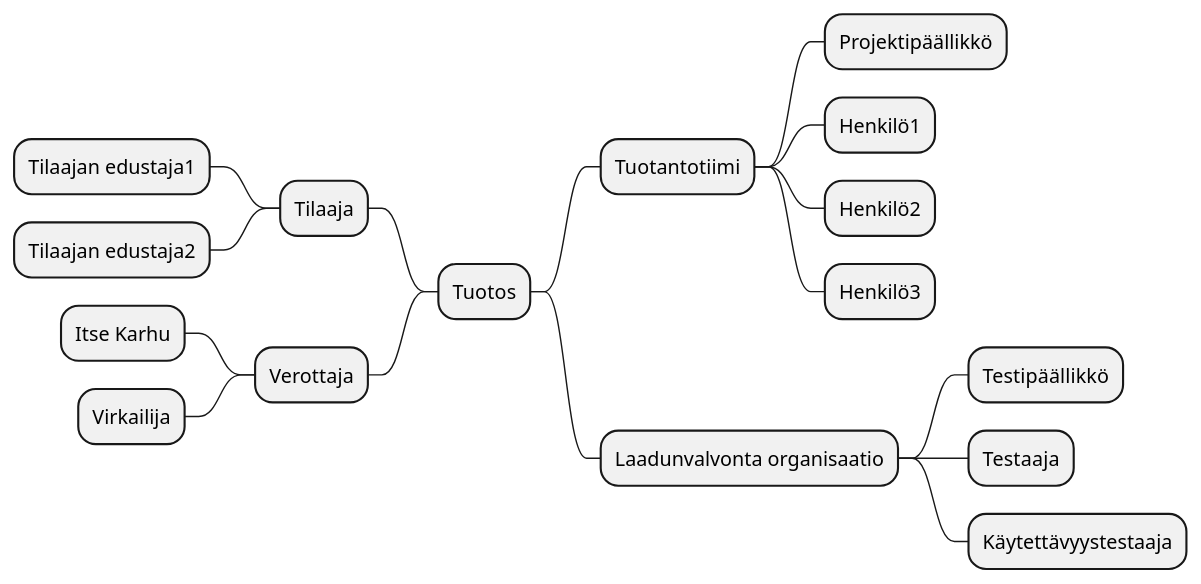
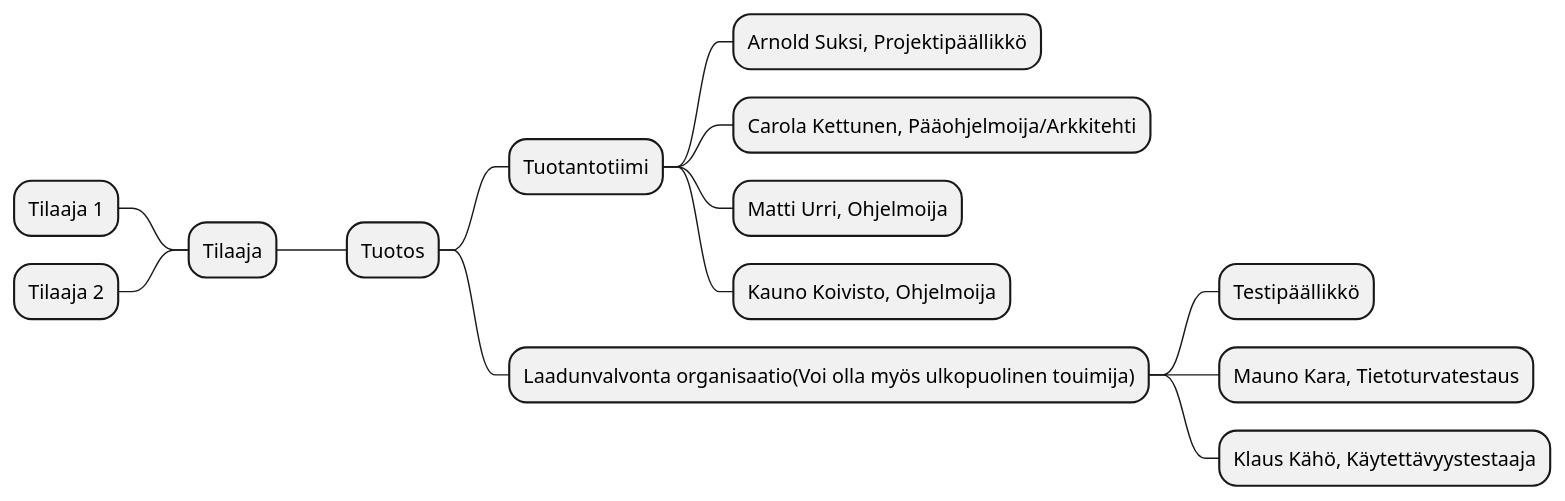
The first of 2 diagrams in dokumentit/10-Projektihallinta/projektisuunnitelma.md (M11k4/DynamiittiOrava), drawn with PlantUML before and after one commit. The commit also changed other lines of this file, not shown here.

Commit message:
Update projektisuunnitelma.md Sama päivitys myös tänne, kuin tiivistetyssä versiossa.

````diff
--- a/dokumentit/10-Projektihallinta/projektisuunnitelma.md
+++ b/dokumentit/10-Projektihallinta/projektisuunnitelma.md
@@ -78,20 +82,17 @@
 ```plantuml
 @startmindmap
 + Tuotos
 ++ Tuotantotiimi
-+++ Projektipäällikkö
-+++ Henkilö1
-+++ Henkilö2
-+++ Henkilö3
++++ Arnold Suksi, Projektipäällikkö
++++ Carola Kettunen, Pääohjelmoija/Arkkitehti
++++ Matti Urri, Ohjelmoija
++++ Kauno Koivisto, Ohjelmoija
 -- Tilaaja
---- Tilaajan edustaja1
---- Tilaajan edustaja2
-++ Laadunvalvonta organisaatio
+--- Tilaaja 1
+--- Tilaaja 2
+++ Laadunvalvonta organisaatio(Voi olla myös ulkopuolinen touimija)
 +++ Testipäällikkö
-+++ Testaaja
-+++ Käytettävyystestaaja
--- Verottaja
---- Itse Karhu
---- Virkailija
++++ Mauno Kara, Tietoturvatestaus
++++ Klaus Kähö, Käytettävyystestaaja
 @endmindmap
 ```
````
